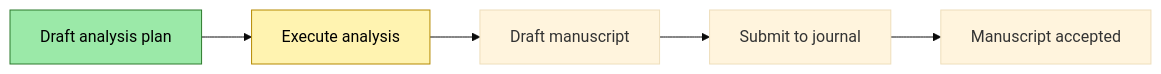
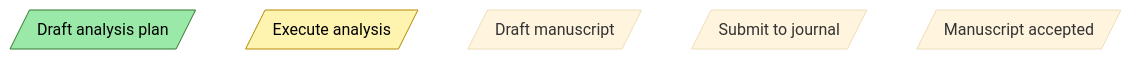
The first of 2 diagrams in public_in_progress.qmd (ALERRT-Research/PROJ_researchring_website), drawn with Mermaid (base theme) before and after one commit. The commit also changed other lines of this file and 11 other files, not shown here.

````diff
--- a/public_in_progress.qmd
+++ b/public_in_progress.qmd
@@ -31,14 +31,15 @@
 ```{mermaid}
 flowchart LR
 
-A[Draft analysis plan] --> B[Execute analysis] 
-B[Execute analysis] --> C[Draft manuscript]
-C[Draft manuscript] --> G[Submit to journal]
-G[Submit to journal] --> H[Manuscript accepted]
+A[/Draft analysis plan/] ~~~ B[/Execute analysis/] 
+B[/Execute analysis/] ~~~ C[/Draft manuscript/]
+C[/Draft manuscript/] ~~~ G[/Submit to journal/]
+G[/Submit to journal/] ~~~ H[/Manuscript accepted/]
 
 classDef done fill:#9be9a8,stroke:#2c7a2c,color:#000;
 classDef current fill:#fff3b0,stroke:#b58900,color:#000;
 
 class A done;
 class B current;
+
 ```
````
